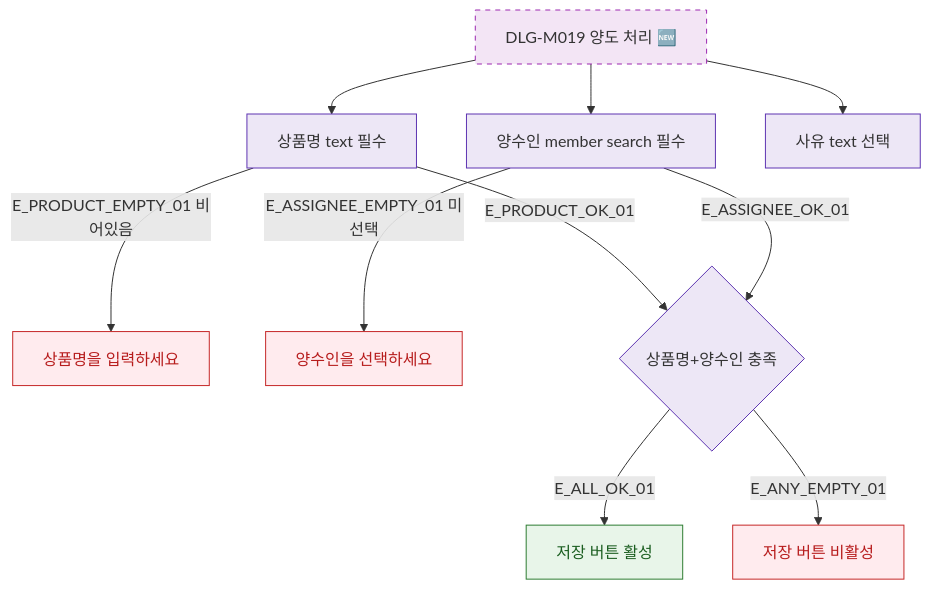
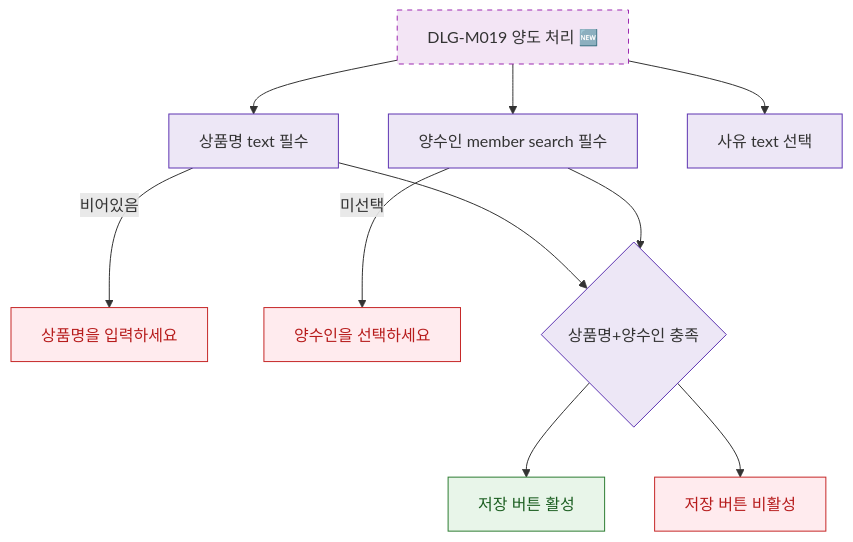
The diagram in docs/다이어그램/D02_회원관리/DLG/DLG-M019_양도처리/M2_필드검증.md (dev-spogym/admin-pando), drawn with Mermaid before and after one commit. The commit also changed other lines of this file and 1660 other files, not shown here.

First line of the commit message:
다이어그램: 기획자/클라이언트 납품본으로 정리

````diff
--- a/docs/다이어그램/D02_회원관리/DLG/DLG-M019_양도처리/M2_필드검증.md
+++ b/docs/다이어그램/D02_회원관리/DLG/DLG-M019_양도처리/M2_필드검증.md
@@ -22,27 +20,27 @@
 ```mermaid
 flowchart TD
   DLG[DLG-M019 양도 처리 🆕]
 
   DLG --> FLD_PRODUCT[상품명 text 필수]
   DLG --> FLD_ASSIGNEE[양수인 member search 필수]
   DLG --> FLD_REASON[사유 text 선택]
 
-  FLD_PRODUCT  -->|E_PRODUCT_EMPTY_01 비어있음| ERR_PRODUCT[상품명을 입력하세요]
-  FLD_ASSIGNEE -->|E_ASSIGNEE_EMPTY_01 미선택| ERR_ASSIGNEE[양수인을 선택하세요]
+  FLD_PRODUCT -->|비어있음|ERR_PRODUCT[상품명을 입력하세요]
+  FLD_ASSIGNEE -->|미선택|ERR_ASSIGNEE[양수인을 선택하세요]
 
-  FLD_PRODUCT  -->|E_PRODUCT_OK_01| CHECK_ALL{상품명+양수인 충족}
-  FLD_ASSIGNEE -->|E_ASSIGNEE_OK_01| CHECK_ALL
+  FLD_PRODUCT --> CHECK_ALL{상품명+양수인 충족}
+  FLD_ASSIGNEE --> CHECK_ALL
 
-  CHECK_ALL -->|E_ALL_OK_01| BTN_ACTIVE[저장 버튼 활성]
-  CHECK_ALL -->|E_ANY_EMPTY_01| BTN_DISABLED[저장 버튼 비활성]
+  CHECK_ALL --> BTN_ACTIVE[저장 버튼 활성]
+  CHECK_ALL --> BTN_DISABLED[저장 버튼 비활성]
 
   classDef newFeature fill:#F3E5F5,stroke:#9C27B0,stroke-dasharray:5 5
-  classDef system     fill:#EDE7F6,stroke:#5E35B2
-  classDef success    fill:#E8F5E9,stroke:#2E7D32,color:#1B5E20
-  classDef error      fill:#FFEBEE,stroke:#C62828,color:#B71C1C
+  classDef system fill:#EDE7F6,stroke:#5E35B2
+  classDef success fill:#E8F5E9,stroke:#2E7D32,color:#1B5E20
+  classDef error fill:#FFEBEE,stroke:#C62828,color:#B71C1C
 
   class DLG newFeature
   class FLD_PRODUCT,FLD_ASSIGNEE,FLD_REASON,CHECK_ALL system
   class BTN_ACTIVE success
   class ERR_PRODUCT,ERR_ASSIGNEE,BTN_DISABLED error
 ```
````
